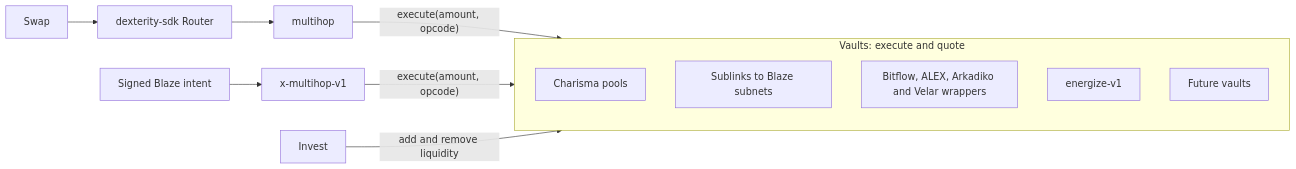
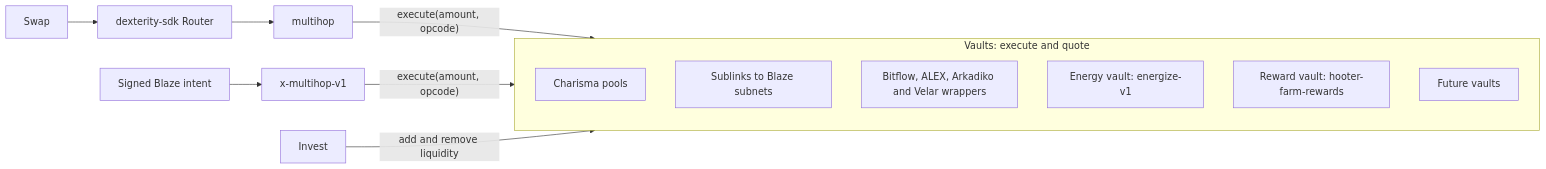
One commit to r0zar/charisma changed the diagram in apps/docs/docs/dexterity/overview.md. Above: the diagram before and after it, drawn with Mermaid. The commit also changed other lines of this file and 2 other files, not shown here.

Commit message:
docs: Dexterity vault kinds add energy and reward vaults; wrappers are swaps-only by choice

````diff
--- a/apps/docs/docs/dexterity/overview.md
+++ b/apps/docs/docs/dexterity/overview.md
@@ -55,16 +55,17 @@
 ```mermaid
 flowchart LR
     swap["Swap"] --> sdk["dexterity-sdk Router"]
     sdk --> mh["multihop"]
     intent["Signed Blaze intent"] --> xmh["x-multihop-v1"]
     mh -->|"execute(amount, opcode)"| vaults
     xmh -->|"execute(amount, opcode)"| vaults
     invest["Invest"] -->|"add and remove liquidity"| vaults
     subgraph vaults["Vaults: execute and quote"]
         pools["Charisma pools"]
         sublinks["Sublinks to Blaze subnets"]
         wrappers["Bitflow, ALEX, Arkadiko and Velar wrappers"]
-        energy["energize-v1"]
+        energy["Energy vault: energize-v1"]
+        rewards["Reward vault: hooter-farm-rewards"]
         future["Future vaults"]
     end
 ```
````
